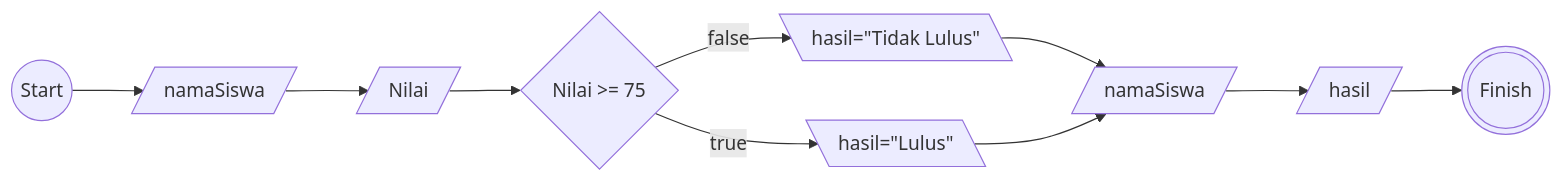
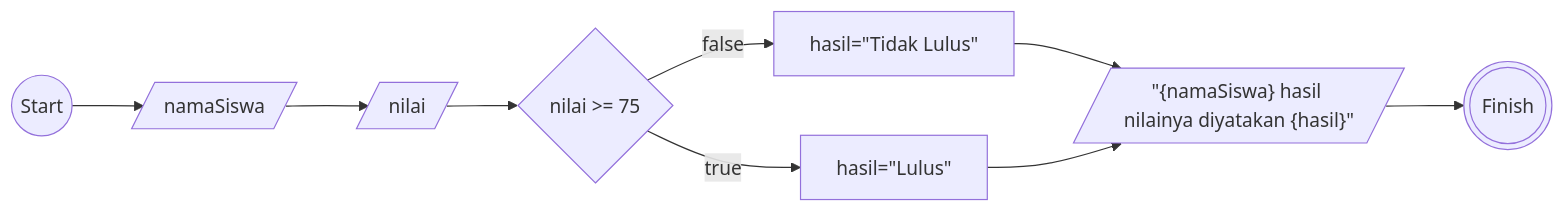
Before and after one commit to MuhammadWahyuPratama/koda-b8-algoritma: the diagram in README.MD, drawn with Mermaid. The commit also changed other lines of this file, not shown here.

````diff
--- a/README.MD
+++ b/README.MD
@@ -20,25 +19,24 @@
 ```mermaid
 flowchart LR
 
 a@{shape: circle , label : "Start"}
 b@{shape: lean-r, label : "namaSiswa"}
-c@{shape: lean-r, label : "Nilai"}
-d@{shape: diamond, label: "Nilai >= 75 "}
-e@{shape: lean-l, label : hasil="Lulus"}
-f@{shape: lean-l, label : hasil="Tidak Lulus"}
-g@{shape: lean-r, label : "namaSiswa"}
-h@{shape: lean-r, label : "hasil"}
+c@{shape: lean-r, label : "nilai"}
+d@{shape: diamond, label: "nilai >= 75 "}
+e@{shape: rect, label : hasil="Lulus"}
+f@{shape: rect, label : hasil="Tidak Lulus"}
+g@{shape: lean-r, label : '"{namaSiswa} hasil nilainya diyatakan {hasil}"'}
+
 z@{shape: dbl-circ, label : "Finish"}
 
 a-->b
 b-->c
 c-->d
 d--true-->e
 d--false-->f
 f-->g
 e-->g
-g-->h
-h-->z
+g-->z
 
 
 ```
````
